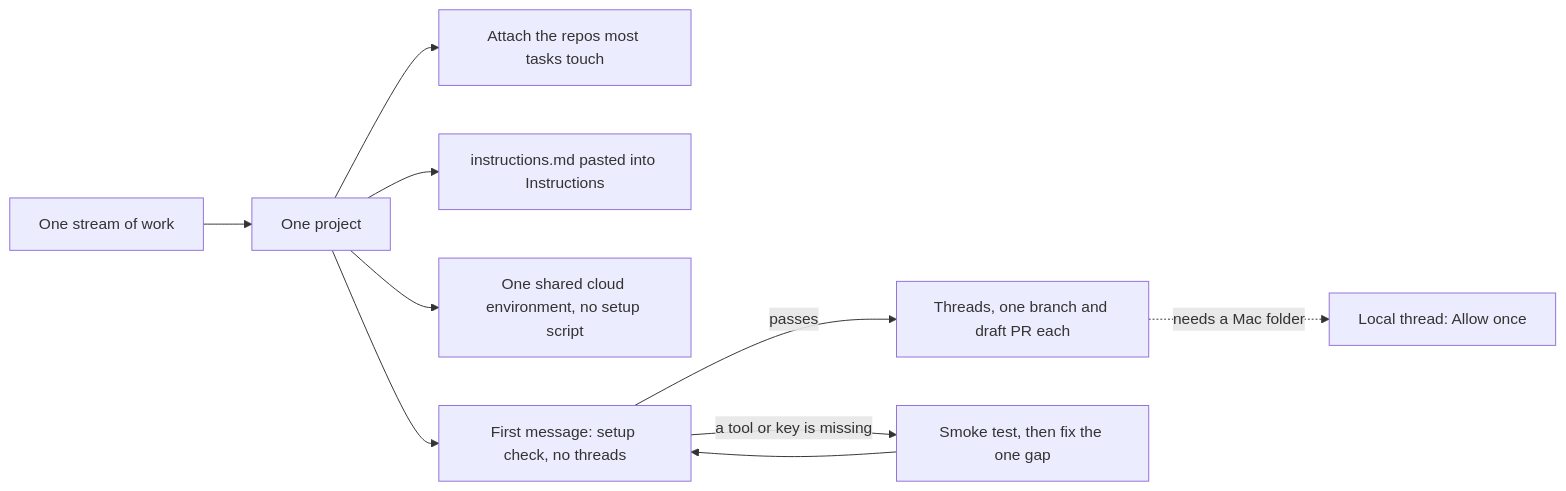
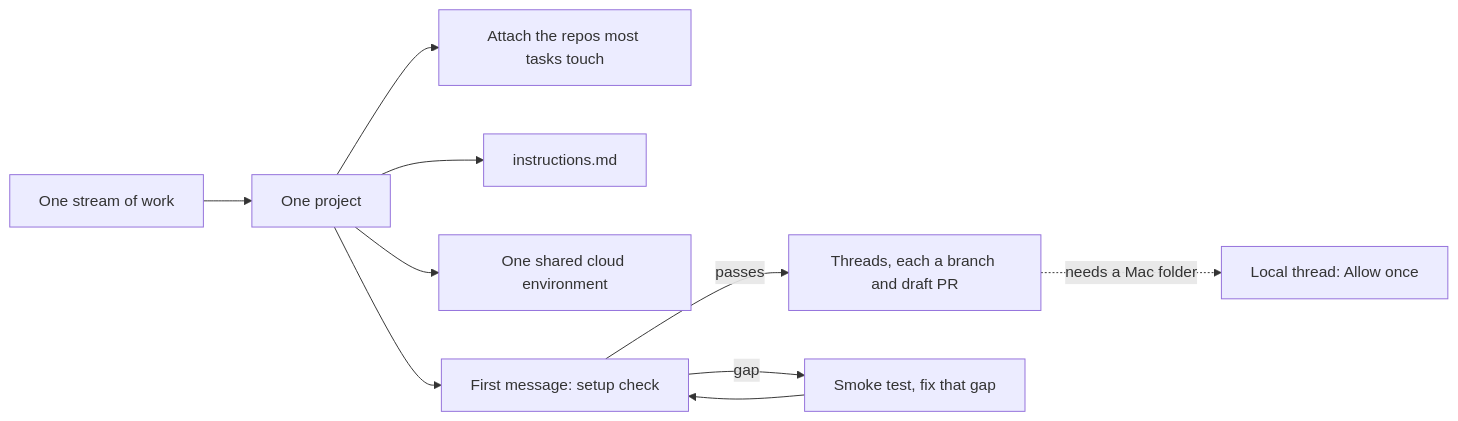
The diagram in templates/projects/README.md (SoulCraft-Org/git-crafter), drawn with Mermaid before and after one commit. The commit also changed other lines of this file and 2 other files, not shown here.

````diff
--- a/templates/projects/README.md
+++ b/templates/projects/README.md
@@ -5,12 +5,12 @@
 ```mermaid
 flowchart LR
   S[One stream of work] --> P[One project]
-  P --> R["Attach the repos most tasks touch"]
-  P --> I["instructions.md pasted into Instructions"]
-  P --> E["One shared cloud environment, no setup script"]
-  P --> C["First message: setup check, no threads"]
-  C -->|passes| T[Threads, one branch and draft PR each]
-  C -->|a tool or key is missing| F["Smoke test, then fix the one gap"]
+  P --> R[Attach the repos most tasks touch]
+  P --> I[instructions.md]
+  P --> E[One shared cloud environment]
+  P --> C[First message: setup check]
+  C -->|passes| T[Threads, each a branch and draft PR]
+  C -->|gap| F[Smoke test, fix that gap]
   F --> C
-  T -.->|needs a Mac folder| M["Local thread: Allow once"]
+  T -.->|needs a Mac folder| M[Local thread: Allow once]
 ```
````
